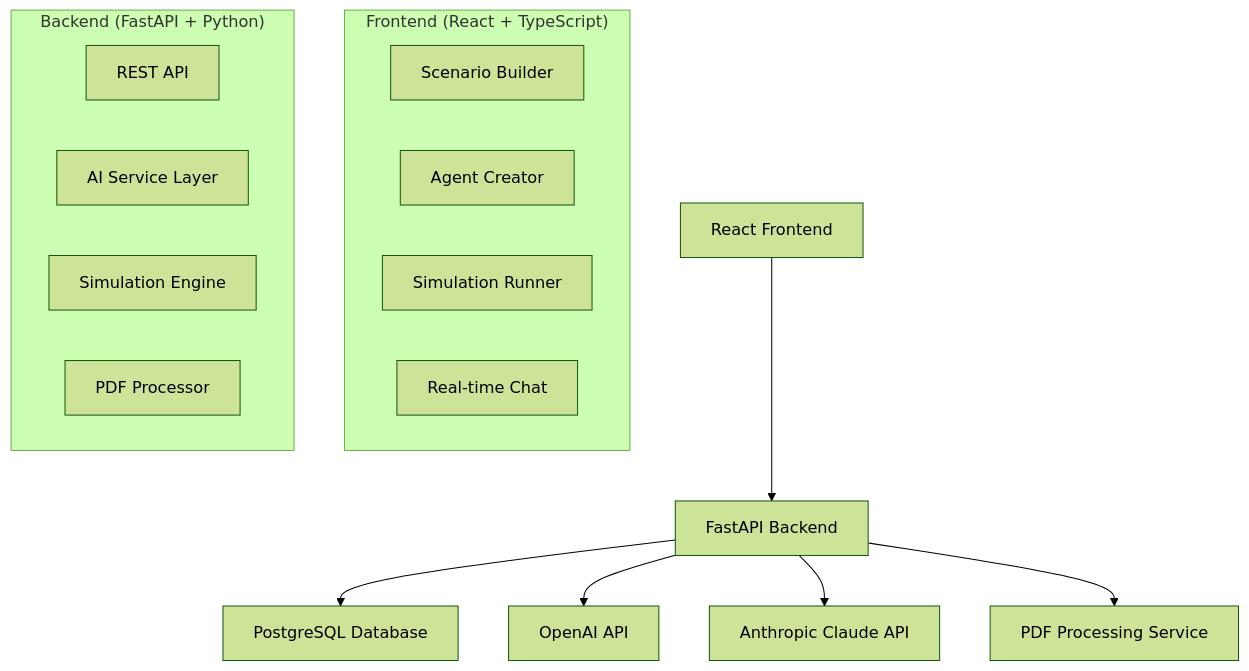
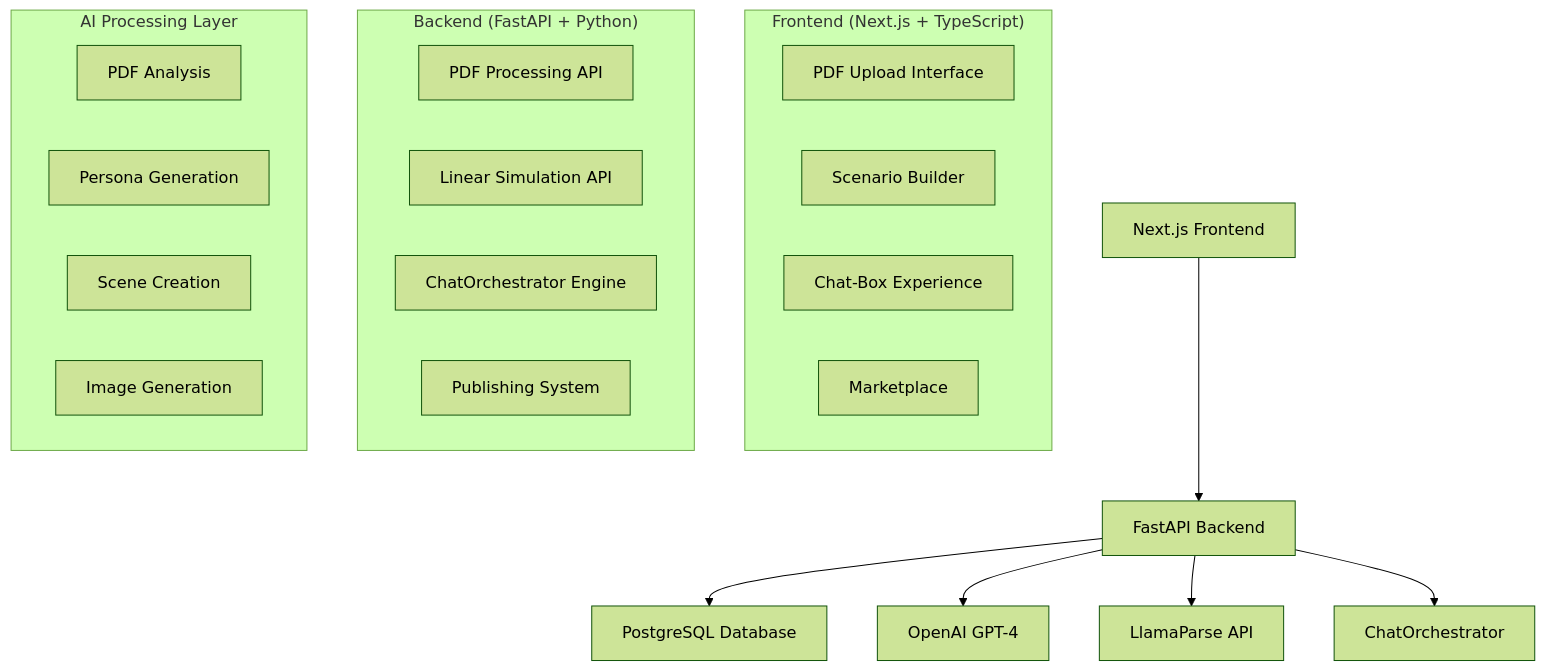
Before and after one commit to Sbcoit/forked-ai-agent-education-platform: the diagram in README.md, drawn with Mermaid (forest theme). The commit also changed other lines of this file and 5 other files, not shown here.

First line of the commit message:
docs: Update comprehensive documentation for ChatOrchestrator integration

````diff
--- a/README.md
+++ b/README.md
@@ -37,22 +45,29 @@
 ```mermaid
 graph TB
-    A[React Frontend] --> B[FastAPI Backend]
+    A[Next.js Frontend] --> B[FastAPI Backend]
     B --> C[PostgreSQL Database]
-    B --> D[OpenAI API]
-    B --> E[Anthropic Claude API]
-    B --> F[PDF Processing Service]
+    B --> D[OpenAI GPT-4]
+    B --> E[LlamaParse API]
+    B --> F[ChatOrchestrator]
     
-    subgraph "Frontend (React + TypeScript)"
-        G[Scenario Builder]
-        H[Agent Creator]
-        I[Simulation Runner]
-        J[Real-time Chat]
+    subgraph "Frontend (Next.js + TypeScript)"
+        G[PDF Upload Interface]
+        H[Scenario Builder]
+        I[Chat-Box Experience]
+        J[Marketplace]
     end
     
     subgraph "Backend (FastAPI + Python)"
-        K[REST API]
-        L[AI Service Layer]
-        M[Simulation Engine]
-        N[PDF Processor]
+        K[PDF Processing API]
+        L[Linear Simulation API]
+        M[ChatOrchestrator Engine]
+        N[Publishing System]
+    end
+    
+    subgraph "AI Processing Layer"
+        O[PDF Analysis]
+        P[Persona Generation]
+        Q[Scene Creation]
+        R[Image Generation]
     end
 ```
````
